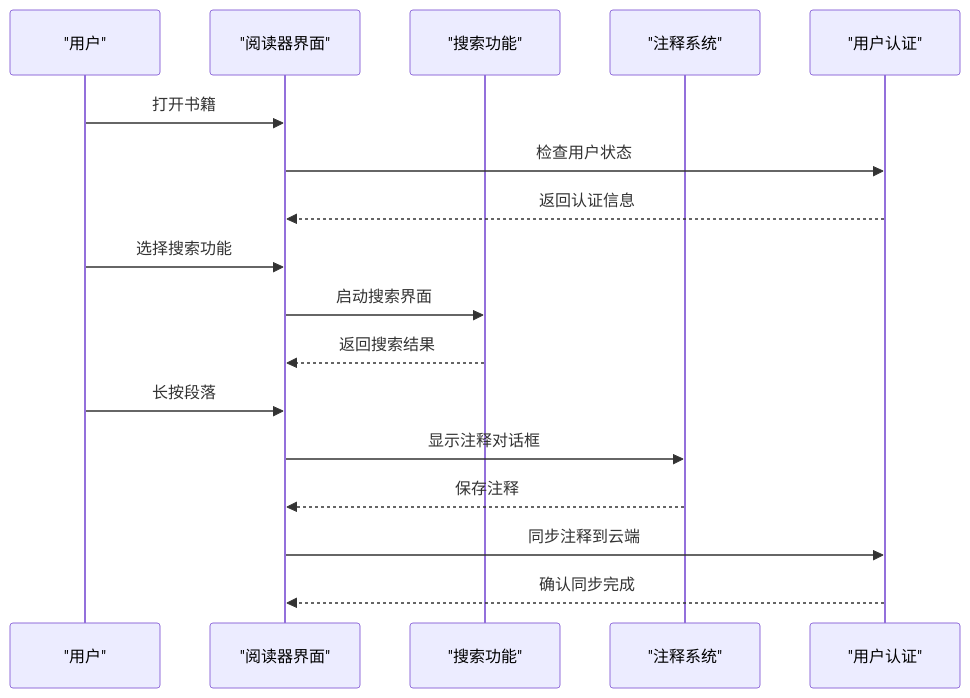
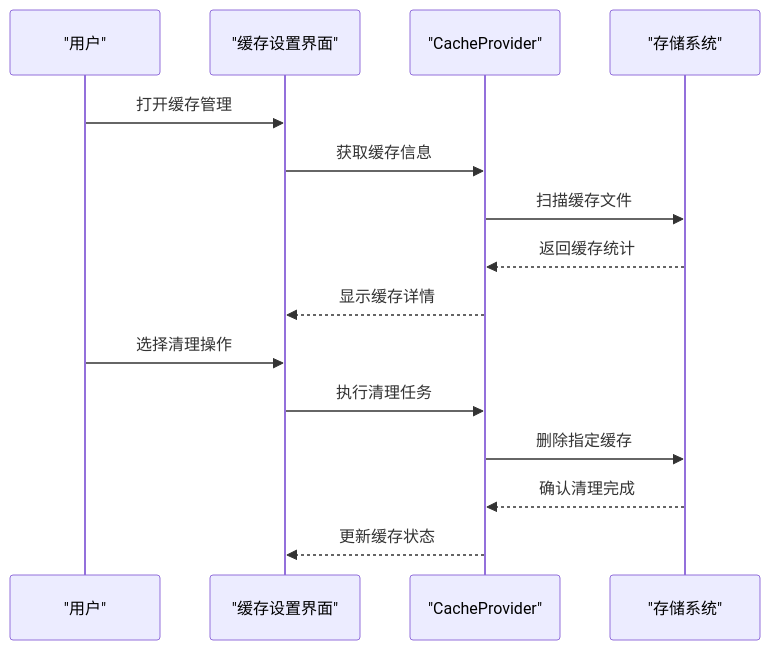
Before and after one commit to ZhangGHGitHub/LegadoTeamFlutter: the fifth of 9 diagrams in .qoder/repowiki/zh/content/Flutter跨平台应用/Flutter跨平台应用.md, drawn with Mermaid. The commit also changed other lines of this file and 66 other files, not shown here.

````diff
--- a/.qoder/repowiki/zh/content/Flutter跨平台应用/Flutter跨平台应用.md
+++ b/.qoder/repowiki/zh/content/Flutter跨平台应用/Flutter跨平台应用.md
@@ -295,19 +322,17 @@
 ```mermaid
 sequenceDiagram
 participant User as "用户"
-participant Reader as "阅读器界面"
-participant Search as "搜索功能"
-participant Comment as "注释系统"
-participant Auth as "用户认证"
-User->>Reader : 打开书籍
-Reader->>Auth : 检查用户状态
-Auth-->>Reader : 返回认证信息
-User->>Reader : 选择搜索功能
-Reader->>Search : 启动搜索界面
-Search-->>Reader : 返回搜索结果
-User->>Reader : 长按段落
-Reader->>Comment : 显示注释对话框
-Comment-->>Reader : 保存注释
-Reader->>Auth : 同步注释到云端
-Auth-->>Reader : 确认同步完成
+participant CacheUI as "缓存设置界面"
+participant CacheProvider as "CacheProvider"
+participant Storage as "存储系统"
+User->>CacheUI : 打开缓存管理
+CacheUI->>CacheProvider : 获取缓存信息
+CacheProvider->>Storage : 扫描缓存文件
+Storage-->>CacheProvider : 返回缓存统计
+CacheProvider-->>CacheUI : 显示缓存详情
+User->>CacheUI : 选择清理操作
+CacheUI->>CacheProvider : 执行清理任务
+CacheProvider->>Storage : 删除指定缓存
+Storage-->>CacheProvider : 确认清理完成
+CacheProvider-->>CacheUI : 更新缓存状态
 ```
````
